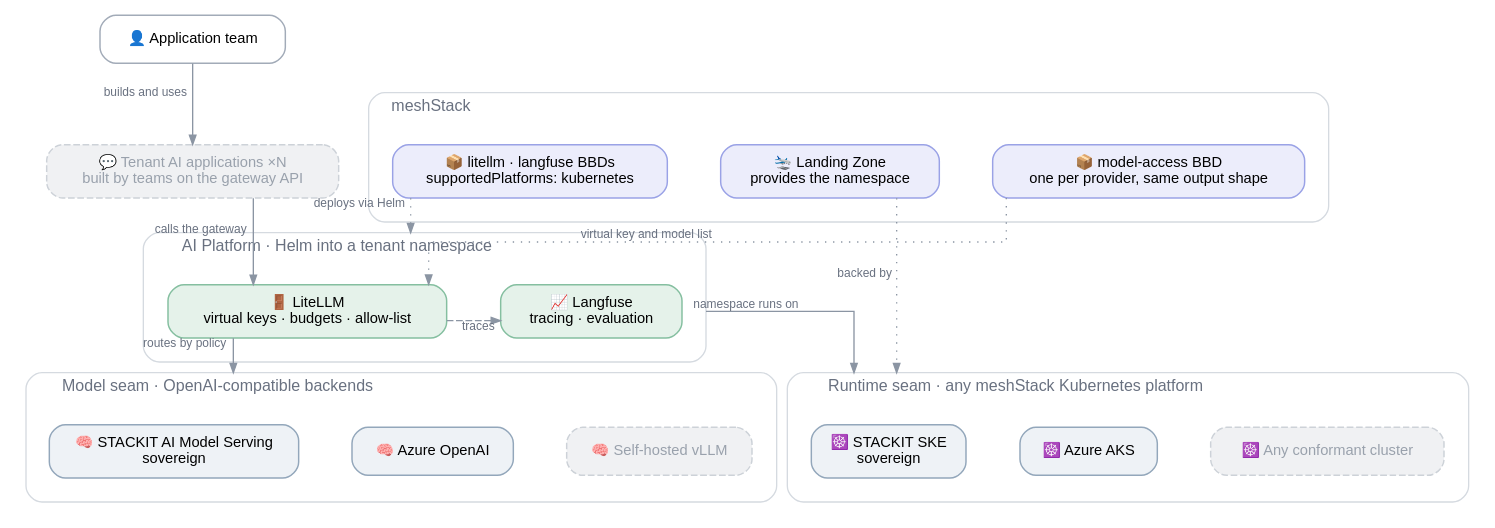
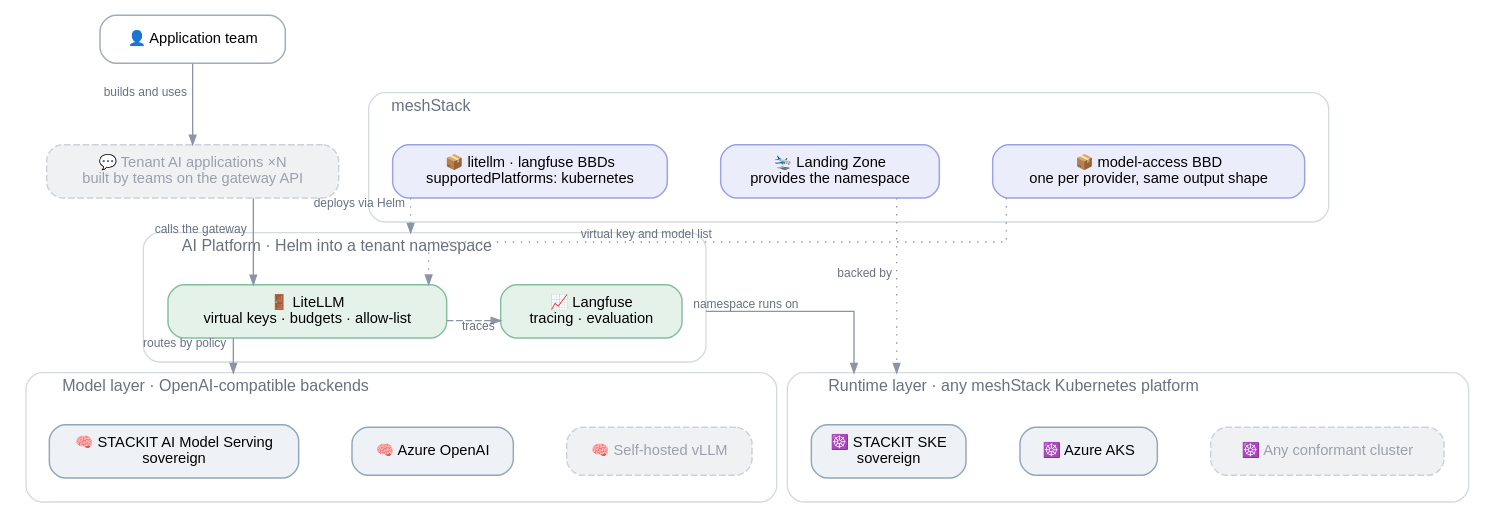
Before and after one commit to meshcloud/meshstack-hub: the diagram in reference-architectures/ai-platform/ai-platform-pluggable.dot, drawn with Graphviz. The commit also changed 5 other files, not shown here.

```diff
--- a/reference-architectures/ai-platform/ai-platform-pluggable.dot
+++ b/reference-architectures/ai-platform/ai-platform-pluggable.dot
@@ -1,91 +1,90 @@
 /*
- * Variant under discussion: two pluggable seams — the Kubernetes platform whose landing zone
- * provides the namespace, and the model backends LiteLLM routes to.
+ * AI Platform — the two replaceable layers.
  * Conventions: .agents/references/diagrams.md — render with: task diagrams
  */
 digraph ai_platform_pluggable {
   rankdir=TB
   compound=true
   splines=ortho
   forcelabels=true
   bgcolor="white"
   nodesep=0.55
   ranksep=0.85
 
   node [shape=box style="rounded,filled" fontname="Helvetica" fontsize=11
         fillcolor="#ffffff" color="#a2abb8" penwidth=1.1 margin="0.20,0.11"]
   edge [fontname="Helvetica" fontsize=9 fontcolor="#697180" color="#8b95a3" arrowsize=0.7]
 
   USER [label="👤 Application team" fillcolor="#ffffff" color="#a2abb8"]
   APPS [label="💬 Tenant AI applications ×N\nbuilt by teams on the gateway API"
         fillcolor="#f0f1f3" color="#cdd2d8" fontcolor="#99a1ac" style="rounded,filled,dashed"]
 
   subgraph cluster_mesh {
     label="  meshStack"
     labeljust=l
     fontname="Helvetica" fontsize=12 fontcolor="#697180"
     style="rounded" color="#d5dae0"
     margin=18
 
     BBD_COMP  [label="📦 litellm · langfuse BBDs\nsupportedPlatforms: kubernetes" fillcolor="#ecedfb" color="#9aa2e6"]
     LZ        [label="🛬 Landing Zone\nprovides the namespace" fillcolor="#ecedfb" color="#9aa2e6"]
     BBD_MODEL [label="📦 model-access BBD\none per provider, same output shape" fillcolor="#ecedfb" color="#9aa2e6"]
 
     { rank=same; BBD_COMP -> LZ -> BBD_MODEL [style=invis] }
   }
 
   subgraph cluster_platform {
     label="  AI Platform · Helm into a tenant namespace"
     labeljust=l
     fontname="Helvetica" fontsize=12 fontcolor="#697180"
     style="rounded" color="#d5dae0"
     margin=18
 
     LITELLM  [label="🚪 LiteLLM\nvirtual keys · budgets · allow-list" fillcolor="#e5f2ea" color="#85bfa0"]
     LANGFUSE [label="📈 Langfuse\ntracing · evaluation" fillcolor="#e5f2ea" color="#85bfa0"]
 
     { rank=same; LITELLM -> LANGFUSE [style=invis] }
 
     LITELLM -> LANGFUSE [xlabel="traces" style=dashed constraint=false]
   }
 
   subgraph cluster_runtime {
-    label="  Runtime seam · any meshStack Kubernetes platform"
+    label="  Runtime layer · any meshStack Kubernetes platform"
     labeljust=l
     fontname="Helvetica" fontsize=12 fontcolor="#697180"
     style="rounded" color="#d5dae0"
     margin=18
 
     SKE    [label="☸️ STACKIT SKE\nsovereign" fillcolor="#eef2f6" color="#93a7bb"]
     AKS    [label="☸️ Azure AKS" fillcolor="#eef2f6" color="#93a7bb"]
     ANYK8S [label="☸️ Any conformant cluster"
             fillcolor="#f0f1f3" color="#cdd2d8" fontcolor="#99a1ac" style="rounded,filled,dashed"]
 
     { rank=same; SKE -> AKS -> ANYK8S [style=invis] }
   }
 
   subgraph cluster_models {
-    label="  Model seam · OpenAI-compatible backends"
+    label="  Model layer · OpenAI-compatible backends"
     labeljust=l
     fontname="Helvetica" fontsize=12 fontcolor="#697180"
     style="rounded" color="#d5dae0"
     margin=18
 
     STACKITM [label="🧠 STACKIT AI Model Serving\nsovereign" fillcolor="#eef2f6" color="#93a7bb"]
     AZUREM   [label="🧠 Azure OpenAI" fillcolor="#eef2f6" color="#93a7bb"]
     VLLM     [label="🧠 Self-hosted vLLM"
               fillcolor="#f0f1f3" color="#cdd2d8" fontcolor="#99a1ac" style="rounded,filled,dashed"]
 
     { rank=same; STACKITM -> AZUREM -> VLLM [style=invis] }
   }
 
   USER -> APPS    [xlabel="builds and uses"]
   APPS -> LITELLM [xlabel="calls the gateway"]
 
   BBD_COMP  -> LITELLM  [xlabel="deploys via Helm" style=dotted lhead=cluster_platform]
   LZ        -> SKE      [xlabel="backed by" style=dotted lhead=cluster_runtime constraint=false]
   BBD_MODEL -> LITELLM  [xlabel="virtual key and model list" style=dotted constraint=false]
 
   LANGFUSE -> SKE      [xlabel="namespace runs on" ltail=cluster_platform lhead=cluster_runtime]
   LITELLM  -> STACKITM [xlabel="routes by policy" lhead=cluster_models]
 }
```
